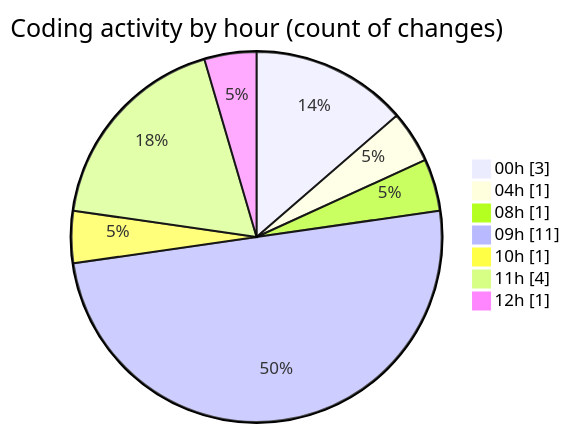
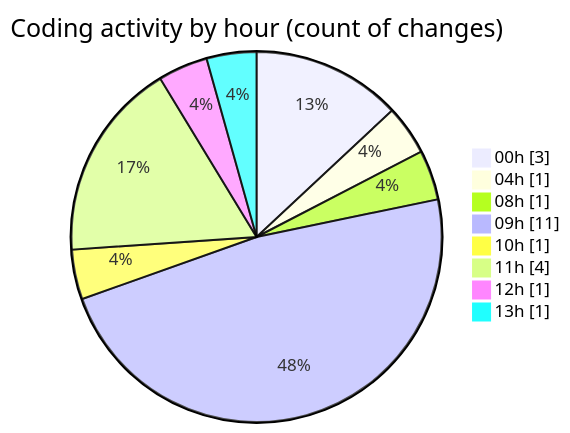
Before and after one commit to tmsrecording-cyber/code-tracking: the second of 2 diagrams in 2026-02-03/singularitybrainai/README.md, drawn with Mermaid. The commit also changed other lines of this file and 1 other file, not shown here.

````diff
--- a/2026-02-03/singularitybrainai/README.md
+++ b/2026-02-03/singularitybrainai/README.md
@@ -33,11 +33,12 @@
 ```mermaid
 pie showData
 title Coding activity by hour (count of changes)
 "00h" : 3
 "04h" : 1
 "08h" : 1
 "09h" : 11
 "10h" : 1
 "11h" : 4
 "12h" : 1
+"13h" : 1
 ```
````
